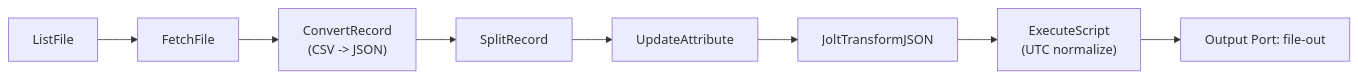
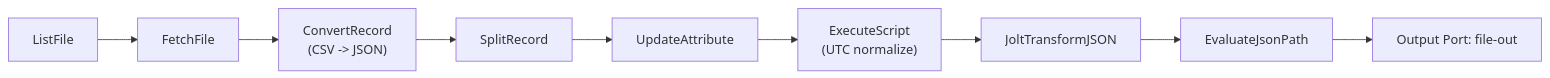
The fourth of 8 diagrams in config/nifi/process-group-design.md (roadseeker/study-data-pipeline), drawn with Mermaid before and after one commit. The commit also changed other lines of this file and 1 other file, not shown here.

First line of the commit message:
Week 3 NiFi 가이드와 플로우 표준화 정리

````diff
--- a/config/nifi/process-group-design.md
+++ b/config/nifi/process-group-design.md
@@ -249,10 +254,11 @@
 ```mermaid
 flowchart LR
     A["ListFile"] --> B["FetchFile"]
     B --> C["ConvertRecord<br/>(CSV -> JSON)"]
     C --> D["SplitRecord"]
     D --> E["UpdateAttribute"]
-    E --> F["JoltTransformJSON"]
-    F --> G["ExecuteScript<br/>(UTC normalize)"]
-    G --> H["Output Port: file-out"]
+    E --> F["ExecuteScript<br/>(UTC normalize)"]
+    F --> G["JoltTransformJSON"]
+    G --> H["EvaluateJsonPath"]
+    H --> I["Output Port: file-out"]
 ```
````
